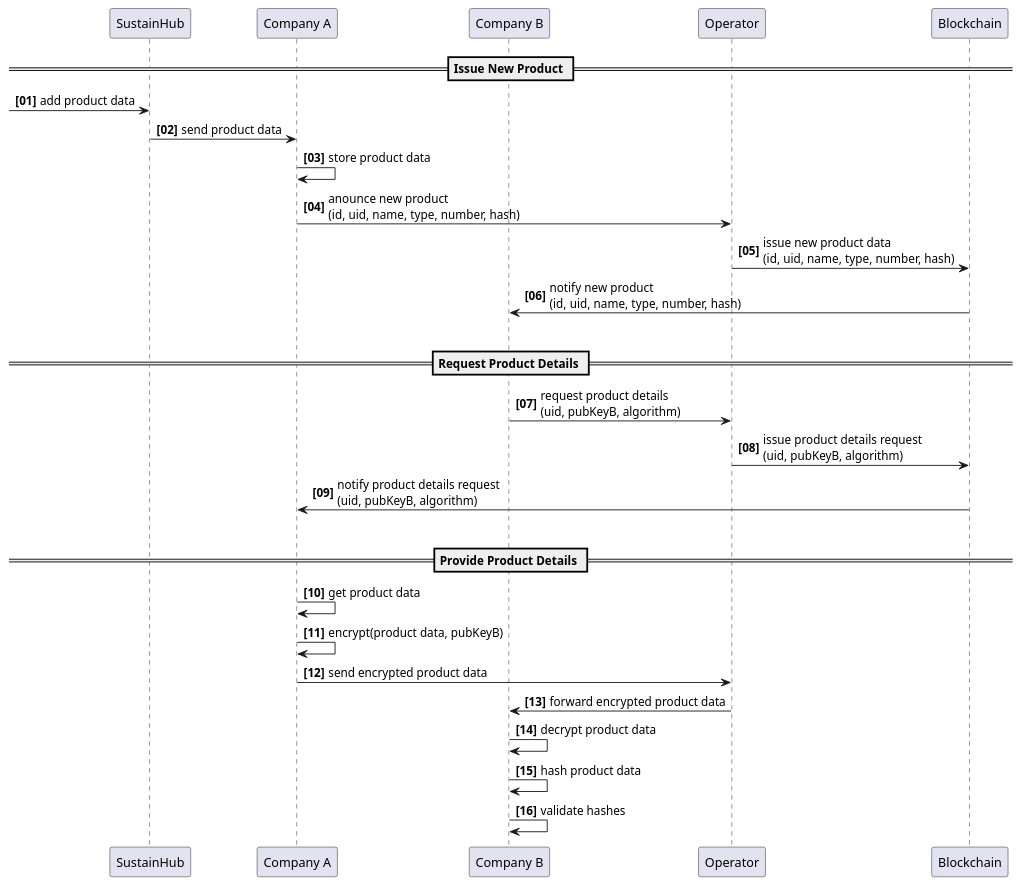
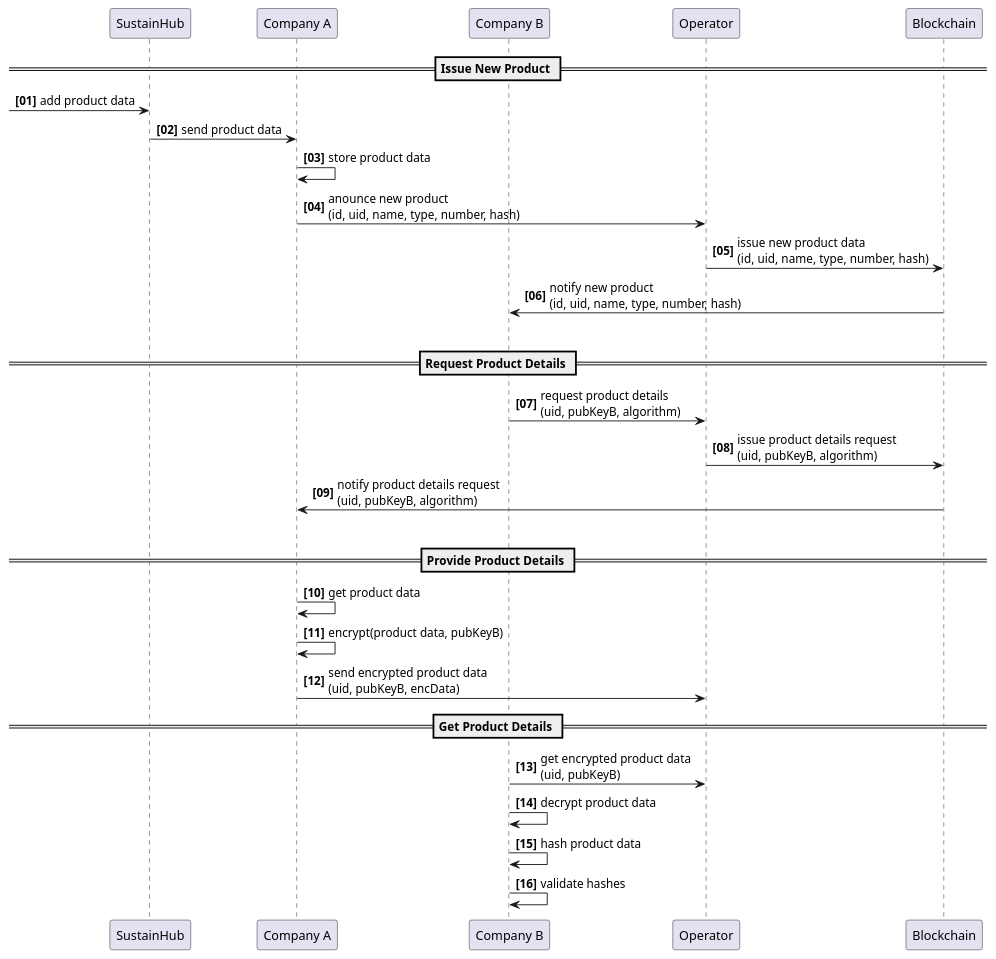
Before and after one commit to chainstep/dibichain-demo: the diagram in docs/plantuml/src/flow.puml, drawn with PlantUML.

Commit message:
update flow diagram

```diff
--- a/docs/plantuml/src/flow.puml
+++ b/docs/plantuml/src/flow.puml
@@ -1,38 +1,41 @@
 @startuml
 autonumber "<b>[00]"
 
 participant "SustainHub" as SUS
 participant "Company A" as COMPA
 participant "Company B" as COMPB
 participant "Operator" as OP
 participant "Blockchain" as BC
 
 
 == Issue New Product ==
 
 -> SUS: add product data
 SUS -> COMPA: send product data
 COMPA -> COMPA: store product data
 COMPA -> OP: anounce new product\n(id, uid, name, type, number, hash)
 OP -> BC: issue new product data\n(id, uid, name, type, number, hash)
 BC -> COMPB: notify new product\n(id, uid, name, type, number, hash)
 |||
 
 == Request Product Details ==
 
 COMPB -> OP: request product details\n(uid, pubKeyB, algorithm)
 OP -> BC: issue product details request\n(uid, pubKeyB, algorithm)
 BC -> COMPA: notify product details request\n(uid, pubKeyB, algorithm)
 |||
 
 == Provide Product Details ==
 
 COMPA -> COMPA: get product data
 COMPA -> COMPA: encrypt(product data, pubKeyB)
-COMPA -> OP: send encrypted product data
-OP -> COMPB: forward encrypted product data
+COMPA -> OP: send encrypted product data\n(uid, pubKeyB, encData)
+
+== Get Product Details ==
+
+COMPB -> OP: get encrypted product data\n(uid, pubKeyB)
 COMPB -> COMPB: decrypt product data
 COMPB -> COMPB: hash product data
 COMPB -> COMPB: validate hashes
 
 @enduml
```
